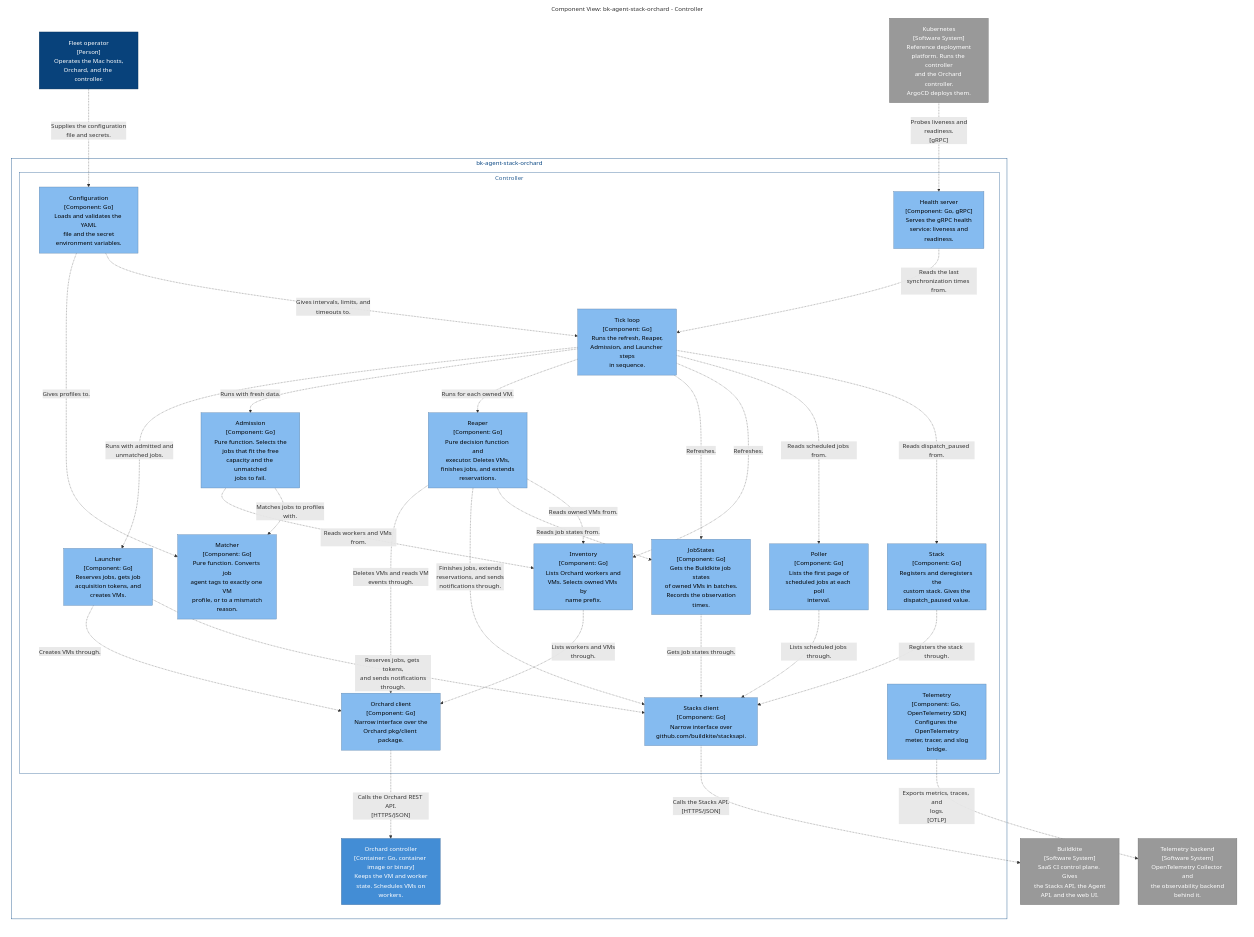
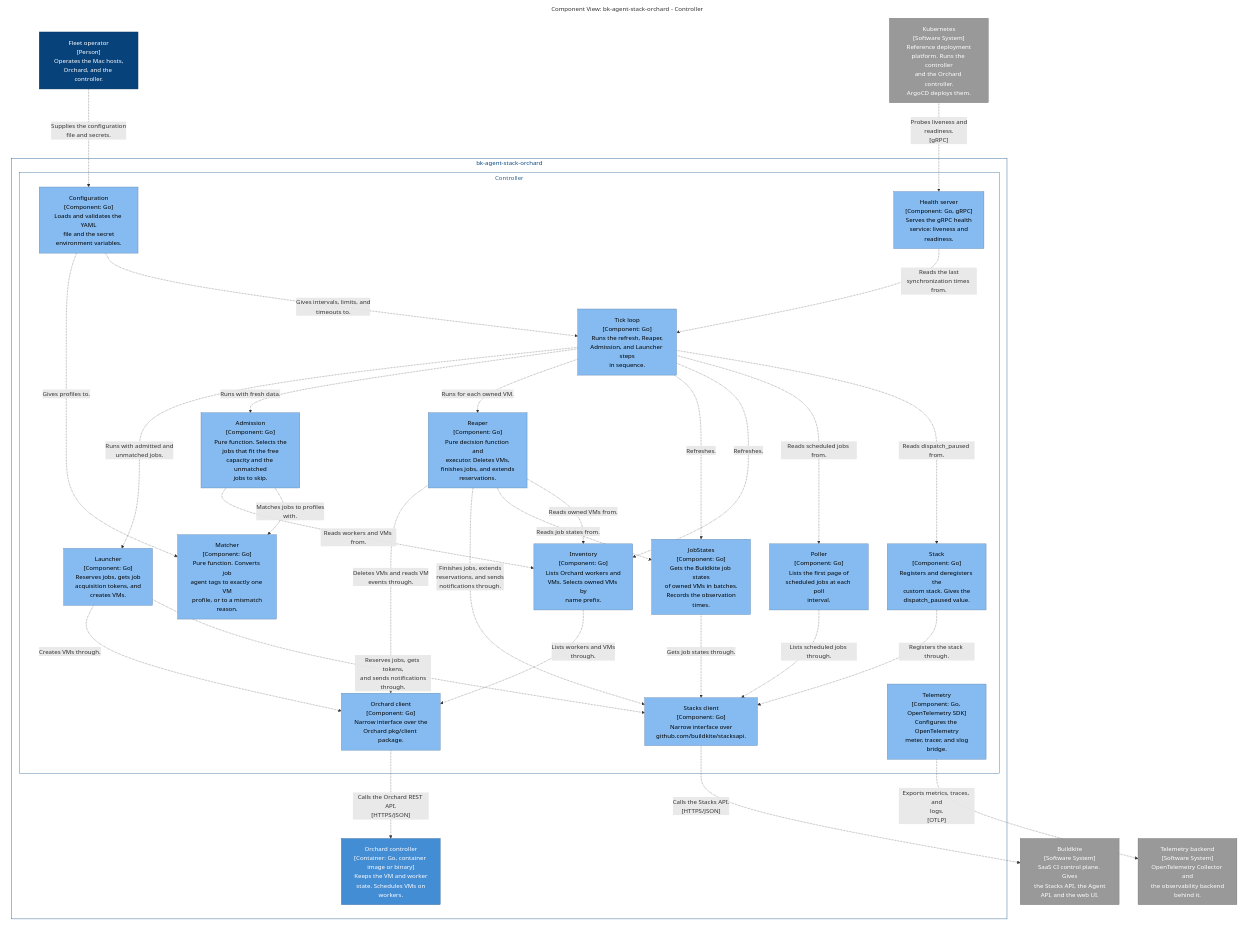
One commit to joshwrightcodes/bk-agent-stack-orchard changed the third of 3 diagrams in docs/architecture/c4.md. Above: the diagram before and after it, drawn with Mermaid. The commit also changed 58 other files, not shown here.

```diff
--- a/docs/architecture/c4.md
+++ b/docs/architecture/c4.md
@@ -142,7 +142,7 @@
         style 16 fill:#85bbf0,stroke:#5d82a8,color:#000000
         17["Matcher<br/>[Component: Go]<br/>Pure function. Converts job<br/>agent tags to exactly one VM<br/>profile, or to a mismatch<br/>reason."]
         style 17 fill:#85bbf0,stroke:#5d82a8,color:#000000
-        18["Admission<br/>[Component: Go]<br/>Pure function. Selects the<br/>jobs that fit the free<br/>capacity and the unmatched<br/>jobs to fail."]
+        18["Admission<br/>[Component: Go]<br/>Pure function. Selects the<br/>jobs that fit the free<br/>capacity and the unmatched<br/>jobs to skip."]
         style 18 fill:#85bbf0,stroke:#5d82a8,color:#000000
         19["Launcher<br/>[Component: Go]<br/>Reserves jobs, gets job<br/>acquisition tokens, and<br/>creates VMs."]
         style 19 fill:#85bbf0,stroke:#5d82a8,color:#000000
```
